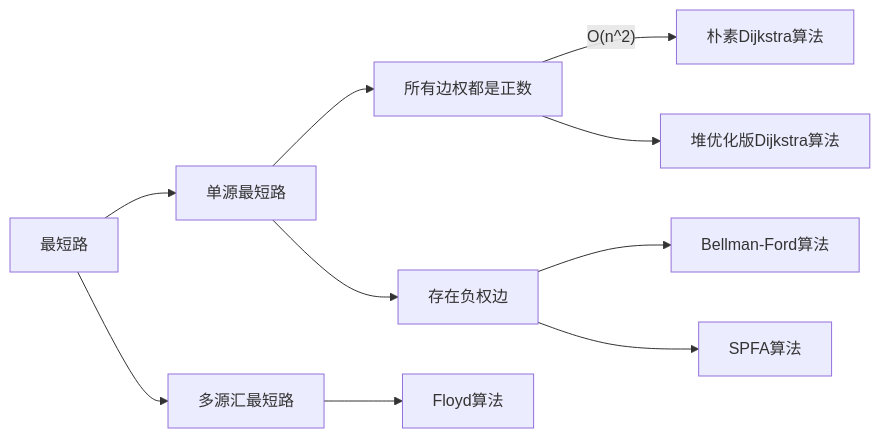
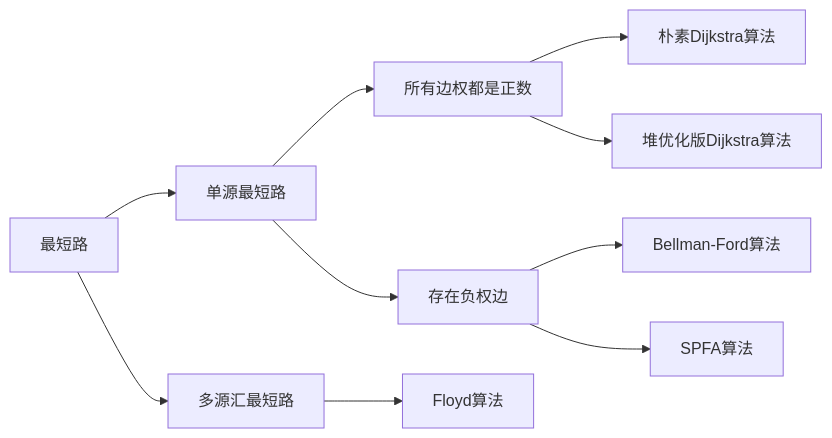
Before and after one commit to Alexsu26/Basic-Algorithm: the diagram in 搜索与图论/README.md, drawn with Mermaid.

Commit message:
测试画图

````diff
--- a/搜索与图论/README.md
+++ b/搜索与图论/README.md
@@ -101,22 +101,22 @@
 ```mermaid
 graph LR;
     A[最短路]
     B[单源最短路]
     C[多源汇最短路]
     D[所有边权都是正数]
     E[存在负权边]
     F[朴素Dijkstra算法]
     G[堆优化版Dijkstra算法]
     H[Bellman-Ford算法]
     I[SPFA算法]
     J[Floyd算法]
     A --> B
     A --> C
     B --> D
     B --> E
     C --> J
-    D -- O(n^2) --> F
+    D --> F
     D --> G
     E --> H
     E --> I
 ```
````
